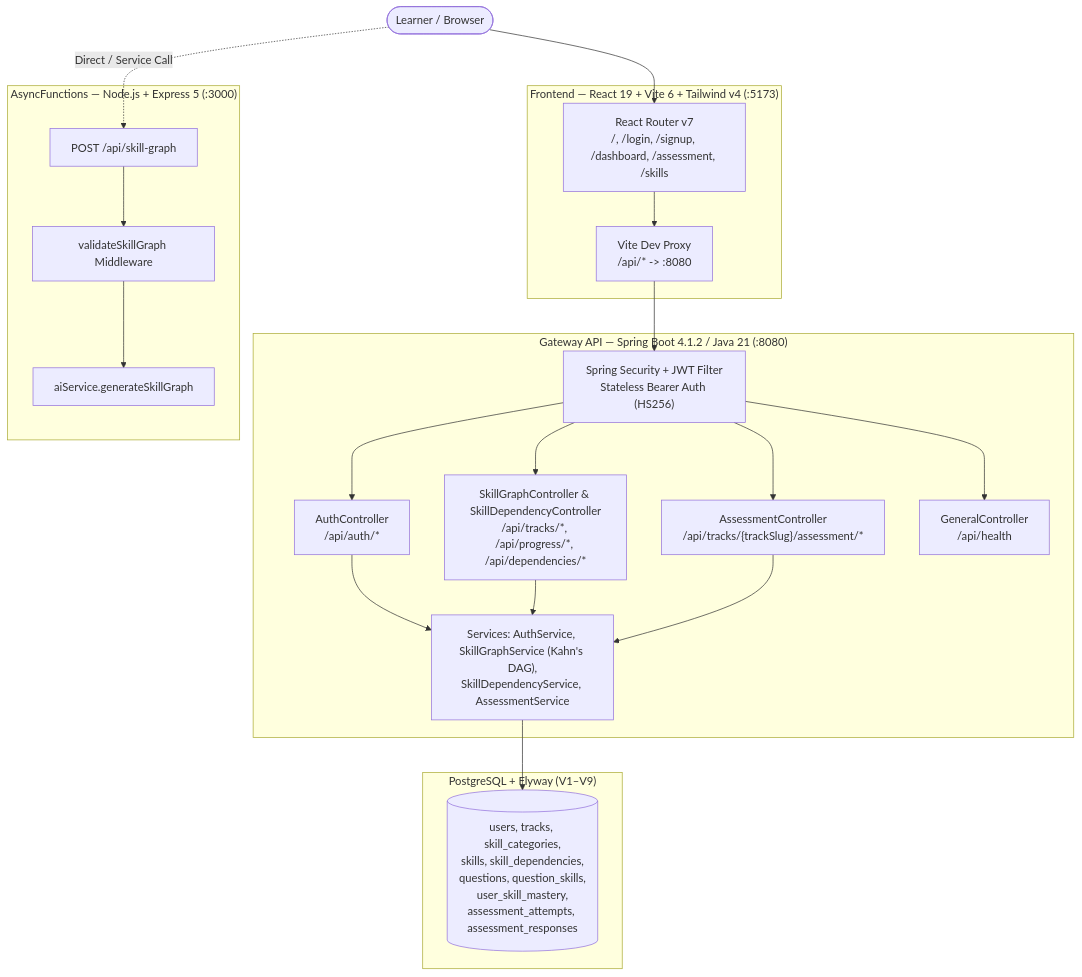
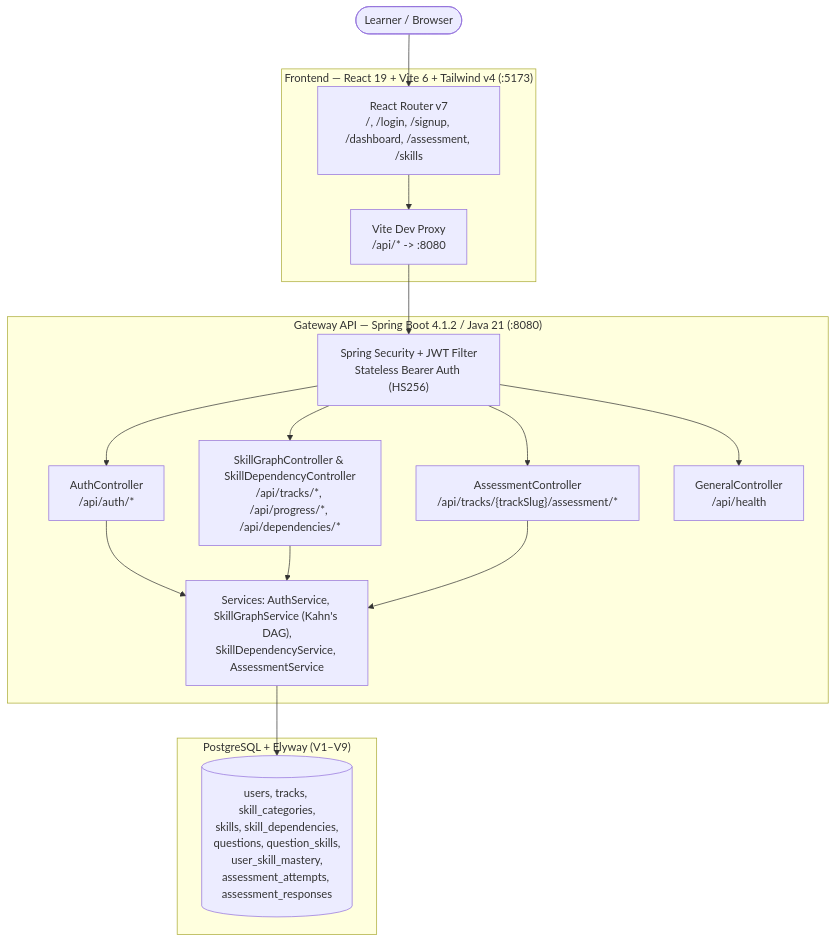
The first of 8 diagrams in Readme.md (LNCT-Unix/Upskilling-Platform-v2.0), drawn with Mermaid before and after one commit. The commit also changed other lines of this file and 4 other files, not shown here.

````diff
--- a/Readme.md
+++ b/Readme.md
@@ -29,37 +29,29 @@
 ```mermaid
 flowchart TB
     User(["Learner / Browser"])
 
     subgraph FE["Frontend — React 19 + Vite 6 + Tailwind v4 (:5173)"]
         Router["React Router v7\n/, /login, /signup, /dashboard, /assessment, /skills"]
         Proxy["Vite Dev Proxy\n/api/* -> :8080"]
     end
 
     subgraph GW["Gateway API — Spring Boot 4.1.2 / Java 21 (:8080)"]
         Sec["Spring Security + JWT Filter\nStateless Bearer Auth (HS256)"]
         AuthCtrl["AuthController\n/api/auth/*"]
         GraphCtrl["SkillGraphController & SkillDependencyController\n/api/tracks/*, /api/progress/*, /api/dependencies/*"]
         AssessCtrl["AssessmentController\n/api/tracks/{trackSlug}/assessment/*"]
         HealthCtrl["GeneralController\n/api/health"]
         Services["Services: AuthService, SkillGraphService (Kahn's DAG),\nSkillDependencyService, AssessmentService"]
     end
 
     subgraph DB["PostgreSQL + Flyway (V1–V9)"]
         PG[("users, tracks, skill_categories,\nskills, skill_dependencies,\nquestions, question_skills,\nuser_skill_mastery,\nassessment_attempts, assessment_responses")]
     end
 
-    subgraph ASYNC["AsyncFunctions — Node.js + Express 5 (:3000)"]
-        ExpressApp["POST /api/skill-graph"]
-        ValMW["validateSkillGraph Middleware"]
-        AISvc["aiService.generateSkillGraph"]
-    end
-
     User --> Router
     Router --> Proxy
     Proxy --> Sec
     Sec --> AuthCtrl & GraphCtrl & AssessCtrl & HealthCtrl
     AuthCtrl & GraphCtrl & AssessCtrl --> Services
     Services --> PG
-    User -. "Direct / Service Call" .-> ExpressApp
-    ExpressApp --> ValMW --> AISvc
 ```
````
